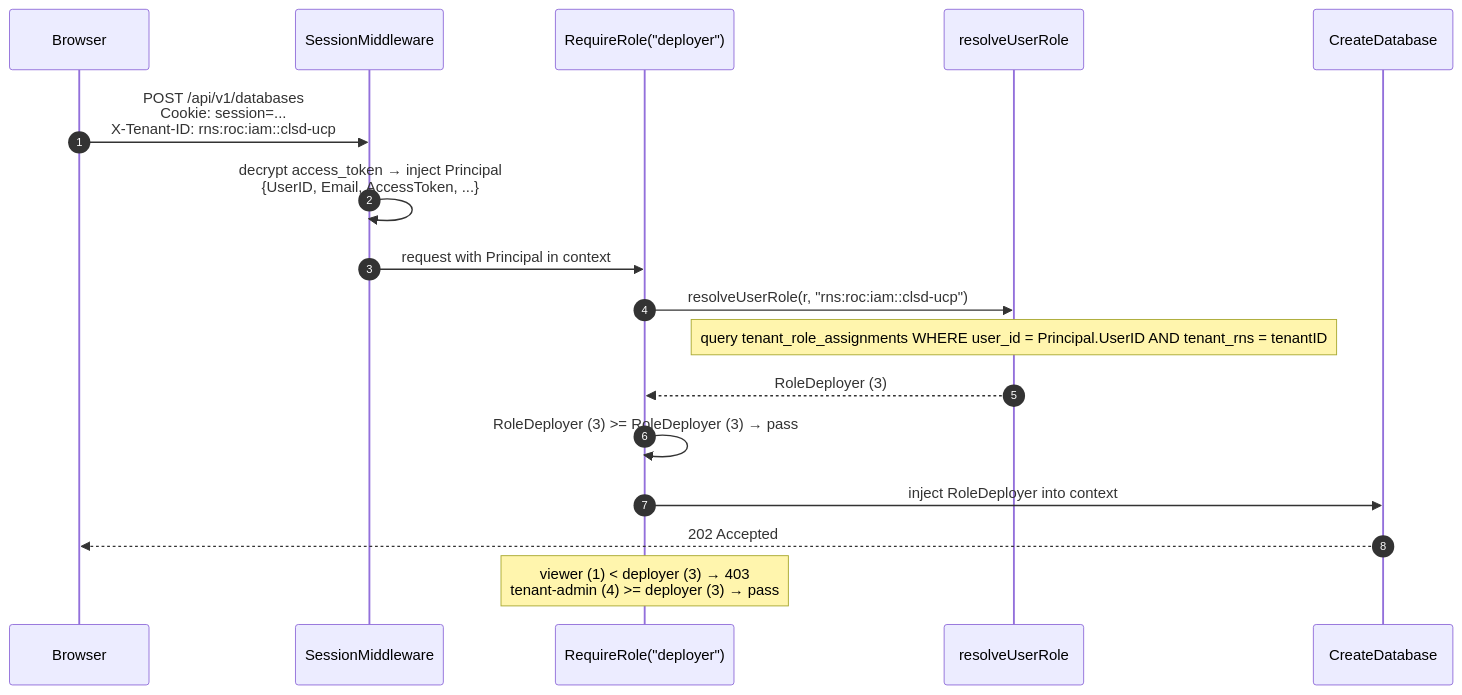
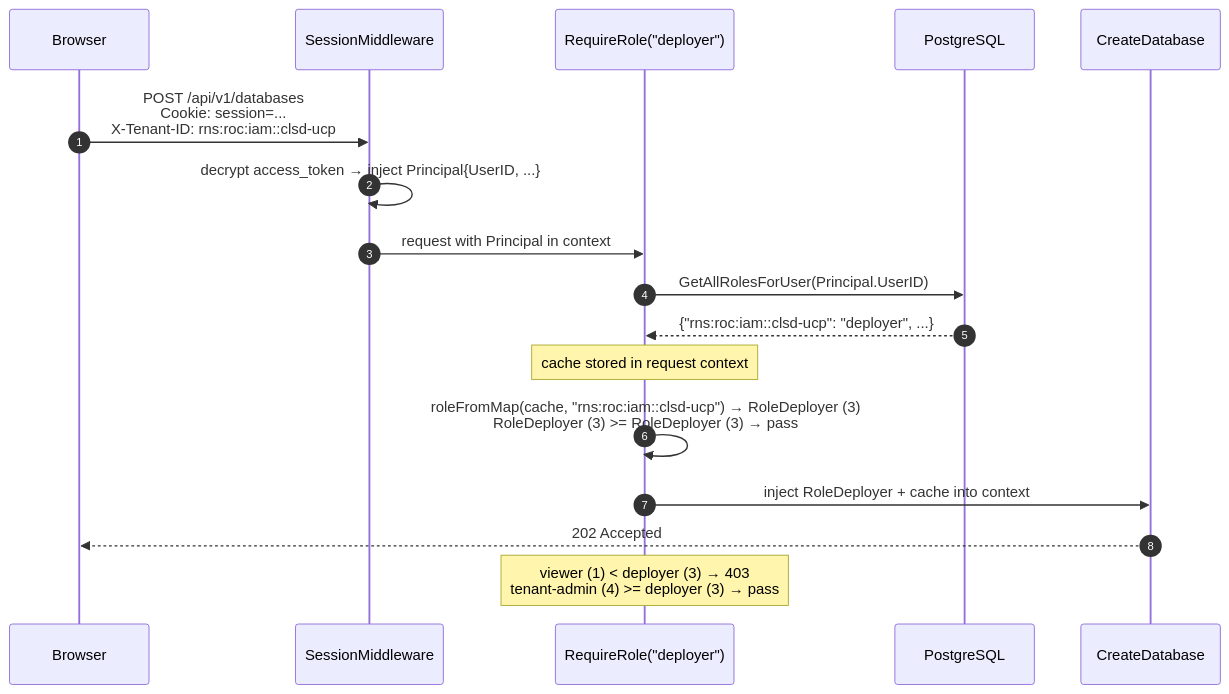
The third of 5 diagrams in docs/projects/universal-control-plane-ucp/pocs/rbac/implementation.md (aripermana-putra/ucp-docs-collection), drawn with Mermaid before and after one commit. The commit also changed other lines of this file and 1 other file, not shown here.

Commit message:
MCUCP-191: Update design doc and sequence diagrams — per-request role cache

````diff
--- a/docs/projects/universal-control-plane-ucp/pocs/rbac/implementation.md
+++ b/docs/projects/universal-control-plane-ucp/pocs/rbac/implementation.md
@@ -206,24 +204,25 @@
 ```mermaid
 sequenceDiagram
     autonumber
 
     participant Browser
     participant Session as SessionMiddleware
     participant Middleware as RequireRole("deployer")
-    participant Resolver as resolveUserRole
+    participant DB as PostgreSQL
     participant Handler as CreateDatabase
 
     Browser->>Session: POST /api/v1/databases<br/>Cookie: session=...<br/>X-Tenant-ID: rns:roc:iam::clsd-ucp
-    Session->>Session: decrypt access_token → inject Principal<br/>{UserID, Email, AccessToken, ...}
+    Session->>Session: decrypt access_token → inject Principal{UserID, ...}
     Session->>Middleware: request with Principal in context
 
-    Middleware->>Resolver: resolveUserRole(r, "rns:roc:iam::clsd-ucp")
-    Note over Resolver: query tenant_role_assignments WHERE user_id = Principal.UserID AND tenant_rns = tenantID
-    Resolver-->>Middleware: RoleDeployer (3)
+    Middleware->>DB: GetAllRolesForUser(Principal.UserID)
+    DB-->>Middleware: {"rns:roc:iam::clsd-ucp": "deployer", ...}
+    Note over Middleware: cache stored in request context
 
-    Middleware->>Middleware: RoleDeployer (3) >= RoleDeployer (3) → pass
-    Middleware->>Handler: inject RoleDeployer into context
+    Middleware->>Middleware: roleFromMap(cache, "rns:roc:iam::clsd-ucp") → RoleDeployer (3)<br/>RoleDeployer (3) >= RoleDeployer (3) → pass
+
+    Middleware->>Handler: inject RoleDeployer + cache into context
     Handler-->>Browser: 202 Accepted
 
     note over Middleware: viewer (1) < deployer (3) → 403<br/>tenant-admin (4) >= deployer (3) → pass
 ```
````
